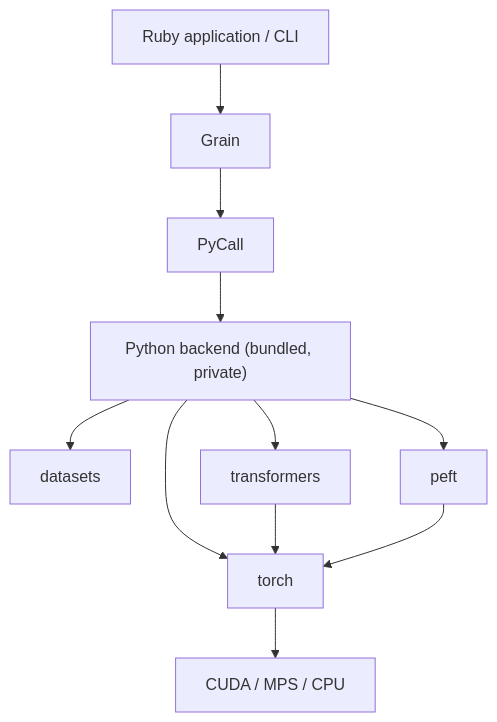
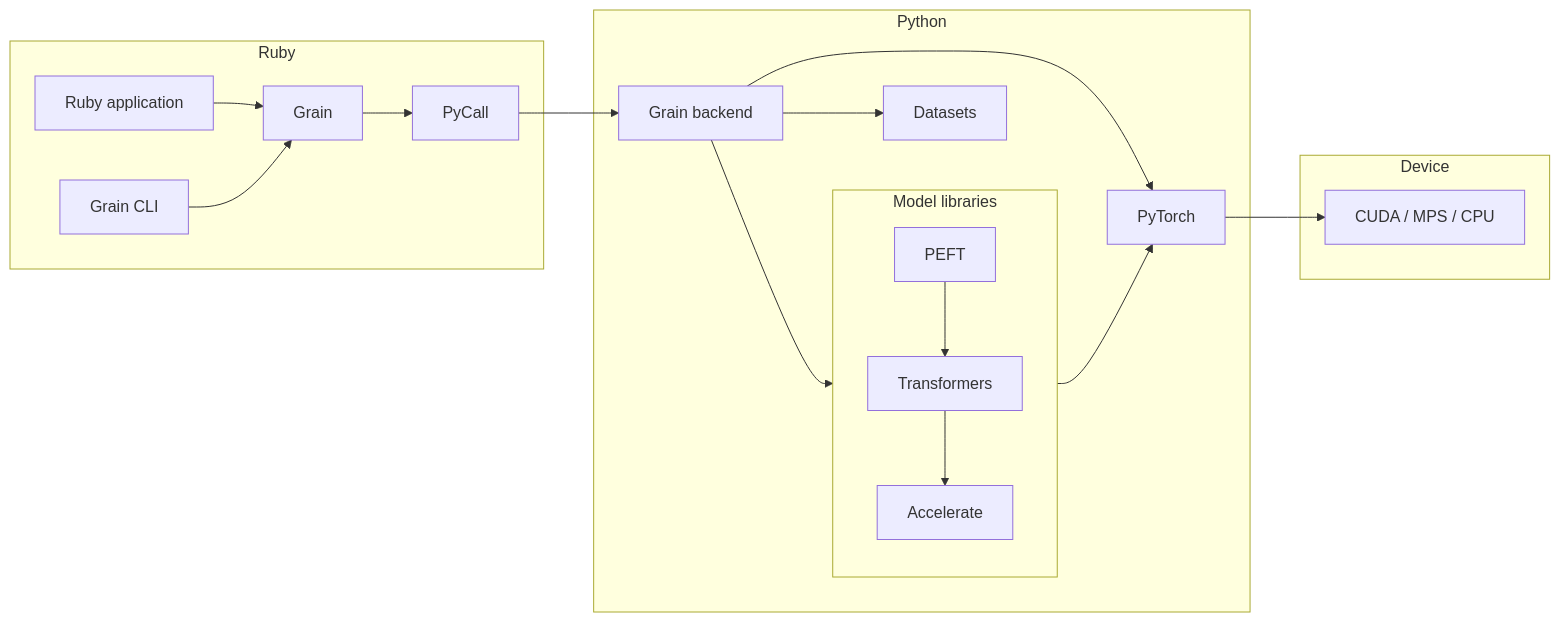
One commit to koic/rpeft changed the second of 2 diagrams in README.md. Above: the diagram before and after it, drawn with Mermaid. The commit also changed other lines of this file, not shown here.

````diff
--- a/README.md
+++ b/README.md
@@ -299,7 +306,21 @@
 ```mermaid
-flowchart TD
-  ruby[Ruby application / CLI] --> grain[Grain] --> pycall[PyCall] --> backend["Python backend (bundled, private)"]
-  backend --> datasets & transformers & peft & torch
-  transformers & peft --> torch
-  torch --> device[CUDA / MPS / CPU]
+flowchart LR
+  subgraph rubyside [Ruby]
+    ruby[Ruby application] --> grain[Grain] --> pycall[PyCall]
+    cli[Grain CLI] --> grain
+  end
+  subgraph pythonside [Python]
+    backend[Grain backend]
+    subgraph hf [Model libraries]
+      direction TB
+      peft[PEFT] --> transformers[Transformers] --> accelerate[Accelerate]
+    end
+    backend --> datasets[Datasets] & hf & torch[PyTorch]
+    hf --> torch
+  end
+  subgraph devices [Device]
+    device[CUDA / MPS / CPU]
+  end
+  pycall --> backend
+  torch --> device
 ```
````
